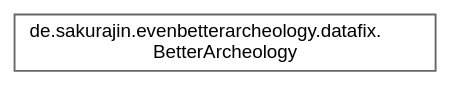
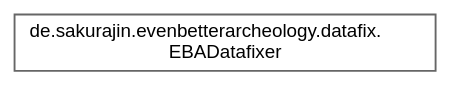
The diagram in inherit_graph_8.dot (noah1510/EvenBetterArcheology), drawn with Graphviz before and after one commit. The commit also changed 126 other files, not shown here.

Commit message:
Deploying to gh-pages from @ noah1510/EvenBetterArcheology@aebc02c70084bb93932573e15eaed6bbbd5c1cdd 🚀

```diff
--- a/inherit_graph_8.dot
+++ b/inherit_graph_8.dot
@@ -1,9 +1,9 @@
 digraph "Graphical Class Hierarchy"
 {
  // LATEX_PDF_SIZE
   bgcolor="transparent";
   edge [fontname=Helvetica,fontsize=10,labelfontname=Helvetica,labelfontsize=10];
   node [fontname=Helvetica,fontsize=10,shape=box,height=0.2,width=0.4];
   rankdir="LR";
-  Node0 [label="de.sakurajin.evenbetterarcheology.datafix.\lBetterArcheology",height=0.2,width=0.4,color="grey40", fillcolor="white", style="filled",URL="$classde_1_1sakurajin_1_1evenbetterarcheology_1_1datafix_1_1BetterArcheology.html",tooltip=" "];
+  Node0 [label="de.sakurajin.evenbetterarcheology.datafix.\lEBADatafixer",height=0.2,width=0.4,color="grey40", fillcolor="white", style="filled",URL="$classde_1_1sakurajin_1_1evenbetterarcheology_1_1datafix_1_1EBADatafixer.html",tooltip=" "];
 }
```
